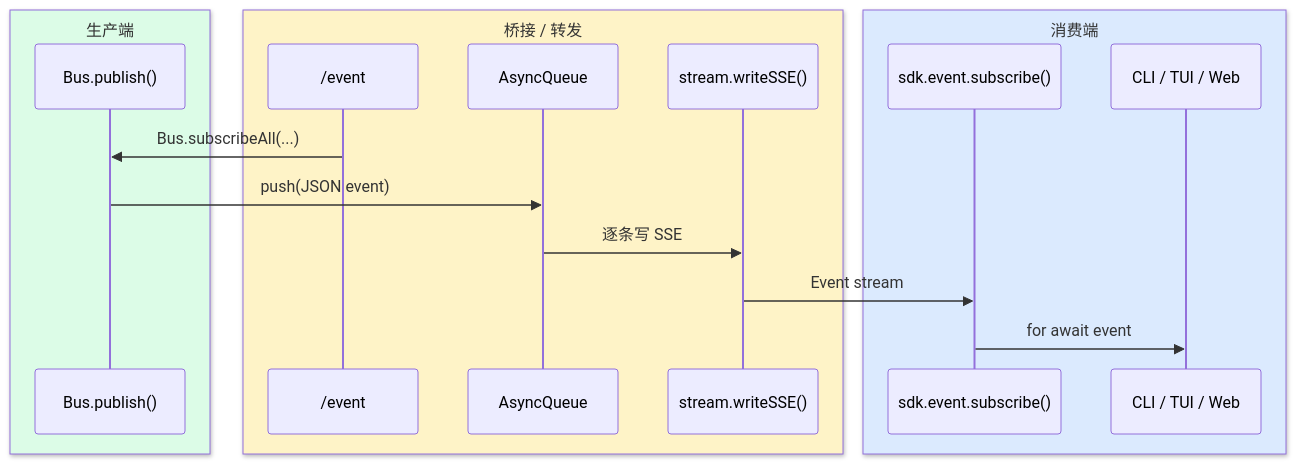
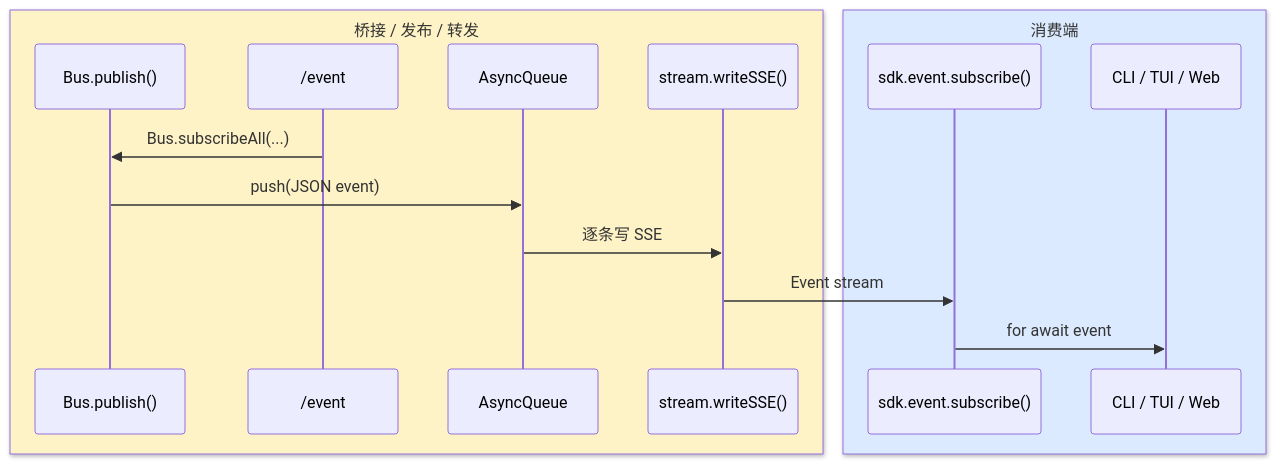
Before and after one commit to feuyeux/agent-study: diagram 13 of 22 in opencode_kickoff/A07-durable-state.md, drawn with Mermaid. The commit also changed other lines of this file, not shown here.

Commit message:
docs(opencode_kickoff): unify A07 diagram colors

````diff
--- a/opencode_kickoff/A07-durable-state.md
+++ b/opencode_kickoff/A07-durable-state.md
@@ -570,21 +565,19 @@
 ```mermaid
 sequenceDiagram
-    box rgb(220,252,231) 生产端
+    box rgb(254,243,199) 桥接 / 发布 / 转发
     participant Bus as Bus.publish()
-    end
-    box rgb(254,243,199) 桥接 / 转发
     participant Route as /event
     participant Queue as AsyncQueue
     participant SSE as stream.writeSSE()
     end
     box rgb(219,234,254) 消费端
     participant SDK as sdk.event.subscribe()
     participant UI as CLI / TUI / Web
     end
 
     Route->>Bus: Bus.subscribeAll(...)
     Bus->>Queue: push(JSON event)
     Queue->>SSE: 逐条写 SSE
     SSE->>SDK: Event stream
     SDK->>UI: for await event
 ```
````
